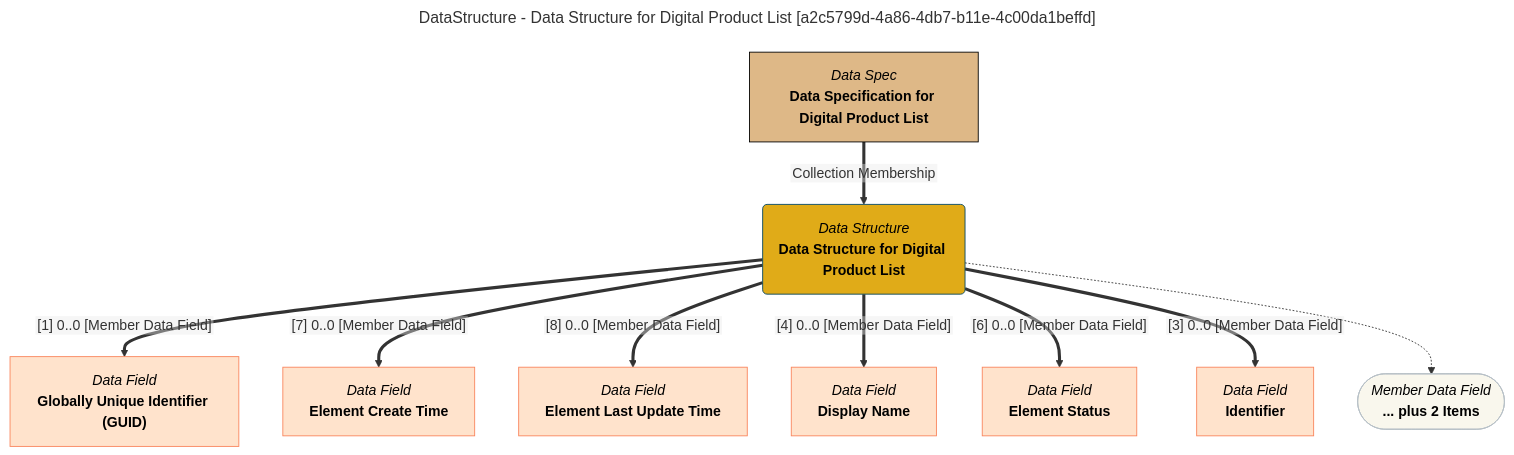
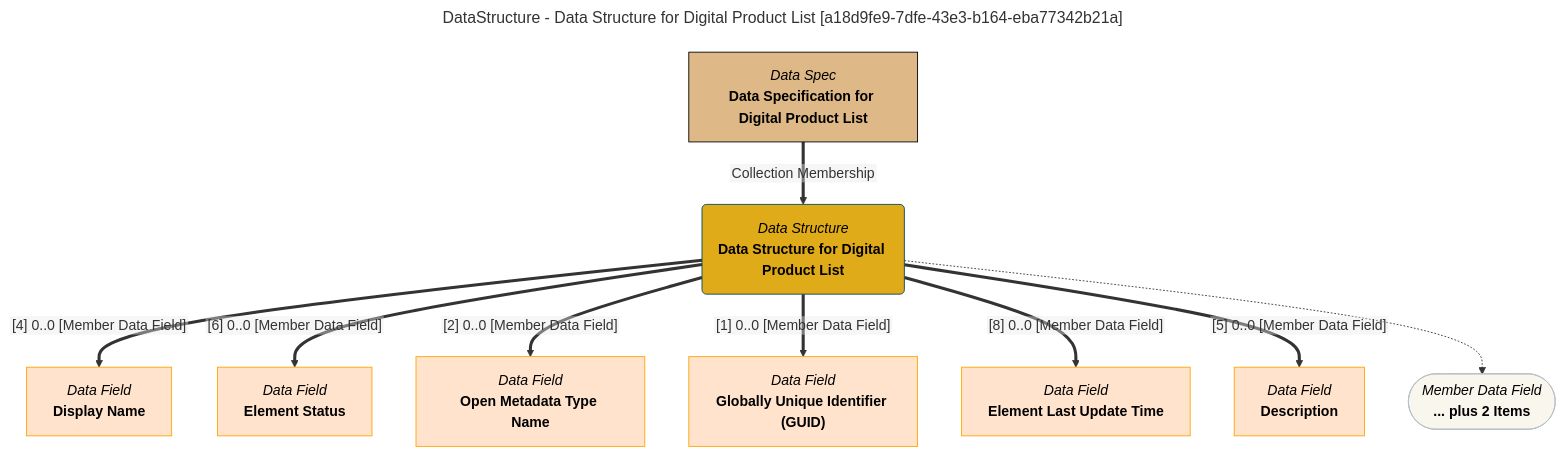
One commit to odpi/egeria-docs changed the diagram in site/snippets/data-structures/data-structure-for-digital-product-list-mermaid-graph.md. Above: the diagram before and after it, drawn with Mermaid. The commit also changed 2201 other files, not shown here.

````diff
--- a/site/snippets/data-structures/data-structure-for-digital-product-list-mermaid-graph.md
+++ b/site/snippets/data-structures/data-structure-for-digital-product-list-mermaid-graph.md
@@ -1,43 +1,43 @@
 ```mermaid
 ---
-title: DataStructure - Data Structure for Digital Product List [a2c5799d-4a86-4db7-b11e-4c00da1beffd]
+title: DataStructure - Data Structure for Digital Product List [a18d9fe9-7dfe-43e3-b164-eba77342b21a]
 ---
 flowchart TD
 %%{init: {"flowchart": {"htmlLabels": false}} }%%
 
 1@{ shape: rounded, label: "*Data Structure*
 **Data Structure for Digital Product List**"}
 2@{ shape: rect, label: "*Data Spec*
 **Data Specification for Digital Product List**"}
 2==>|"Collection Membership"|1
 3@{ shape: rect, label: "*Data Field*
+**Display Name**"}
+1==>|"[4] 0..0 [Member Data Field]"|3
+4@{ shape: rect, label: "*Data Field*
+**Element Status**"}
+1==>|"[6] 0..0 [Member Data Field]"|4
+5@{ shape: rect, label: "*Data Field*
+**Open Metadata Type Name**"}
+1==>|"[2] 0..0 [Member Data Field]"|5
+6@{ shape: rect, label: "*Data Field*
 **Globally Unique Identifier (GUID)**"}
-1==>|"[1] 0..0 [Member Data Field]"|3
-4@{ shape: rect, label: "*Data Field*
-**Element Create Time**"}
-1==>|"[7] 0..0 [Member Data Field]"|4
-5@{ shape: rect, label: "*Data Field*
+1==>|"[1] 0..0 [Member Data Field]"|6
+7@{ shape: rect, label: "*Data Field*
 **Element Last Update Time**"}
-1==>|"[8] 0..0 [Member Data Field]"|5
-6@{ shape: rect, label: "*Data Field*
-**Display Name**"}
-1==>|"[4] 0..0 [Member Data Field]"|6
-7@{ shape: rect, label: "*Data Field*
-**Element Status**"}
-1==>|"[6] 0..0 [Member Data Field]"|7
+1==>|"[8] 0..0 [Member Data Field]"|7
 8@{ shape: rect, label: "*Data Field*
-**Identifier**"}
-1==>|"[3] 0..0 [Member Data Field]"|8
+**Description**"}
+1==>|"[5] 0..0 [Member Data Field]"|8
 9@{ shape: stadium, label: "*Member Data Field*
 **... plus 2 Items**"}
 1-.->9
 style 1 color:#000000, fill:#e0ab18, stroke:#004563
-style 2 color:#000000, fill:#deb887, stroke:#000000
-style 3 color:#000000, fill:#ffe3cc, stroke:#f9845b
-style 4 color:#000000, fill:#ffe3cc, stroke:#f9845b
-style 5 color:#000000, fill:#ffe3cc, stroke:#f9845b
-style 6 color:#000000, fill:#ffe3cc, stroke:#f9845b
-style 7 color:#000000, fill:#ffe3cc, stroke:#f9845b
-style 8 color:#000000, fill:#ffe3cc, stroke:#f9845b
+style 2 color:#000000, fill:#DEB887, stroke:#000000
+style 3 color:#000000, fill:#ffe3cc, stroke:#FFA500
+style 4 color:#000000, fill:#ffe3cc, stroke:#FFA500
+style 5 color:#000000, fill:#ffe3cc, stroke:#FFA500
+style 6 color:#000000, fill:#ffe3cc, stroke:#FFA500
+style 7 color:#000000, fill:#ffe3cc, stroke:#FFA500
+style 8 color:#000000, fill:#ffe3cc, stroke:#FFA500
 style 9 color:#000000, fill:#F9F7ED, stroke:#b7c0c7
 ```
````
